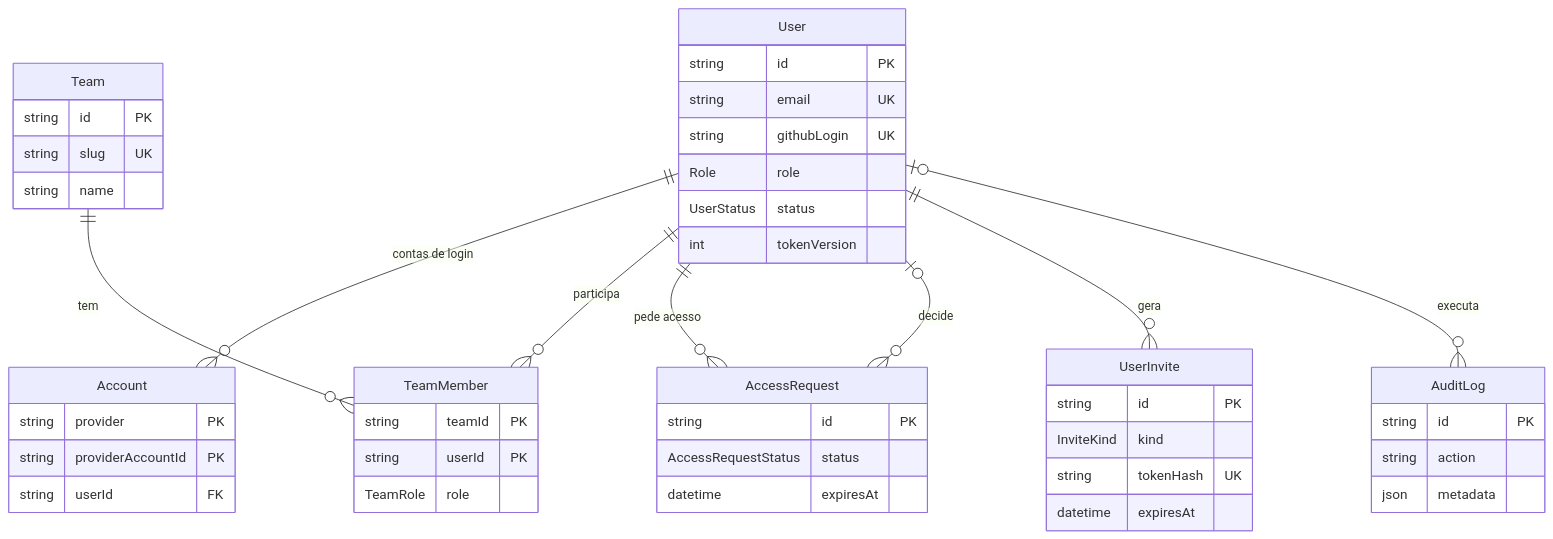
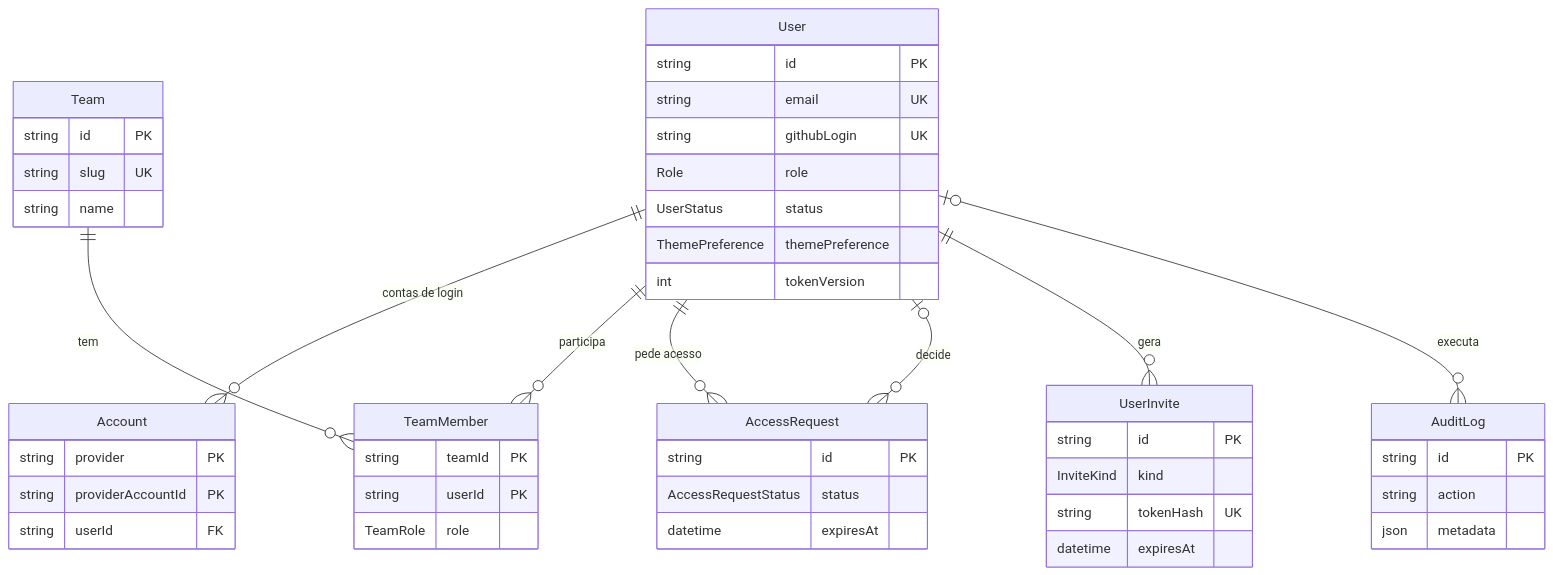
The first of 3 diagrams in docs/arquitetura/modelo-de-dados.md (wendersonbelko/rizoma), drawn with Mermaid before and after one commit. The commit also changed other lines of this file and 66 other files, not shown here.

````diff
--- a/docs/arquitetura/modelo-de-dados.md
+++ b/docs/arquitetura/modelo-de-dados.md
@@ -18,50 +18,51 @@
 ```mermaid
 erDiagram
   User ||--o{ Account : "contas de login"
   User ||--o{ TeamMember : "participa"
   Team ||--o{ TeamMember : "tem"
   User ||--o{ AccessRequest : "pede acesso"
   User |o--o{ AccessRequest : "decide"
   User ||--o{ UserInvite : "gera"
   User |o--o{ AuditLog : "executa"
 
   User {
     string id PK
     string email UK
     string githubLogin UK
     Role role
     UserStatus status
+    ThemePreference themePreference
     int tokenVersion
   }
   Team {
     string id PK
     string slug UK
     string name
   }
   TeamMember {
     string teamId PK
     string userId PK
     TeamRole role
   }
   Account {
     string provider PK
     string providerAccountId PK
     string userId FK
   }
   AccessRequest {
     string id PK
     AccessRequestStatus status
     datetime expiresAt
   }
   UserInvite {
     string id PK
     InviteKind kind
     string tokenHash UK
     datetime expiresAt
   }
   AuditLog {
     string id PK
     string action
     json metadata
   }
 ```
````
